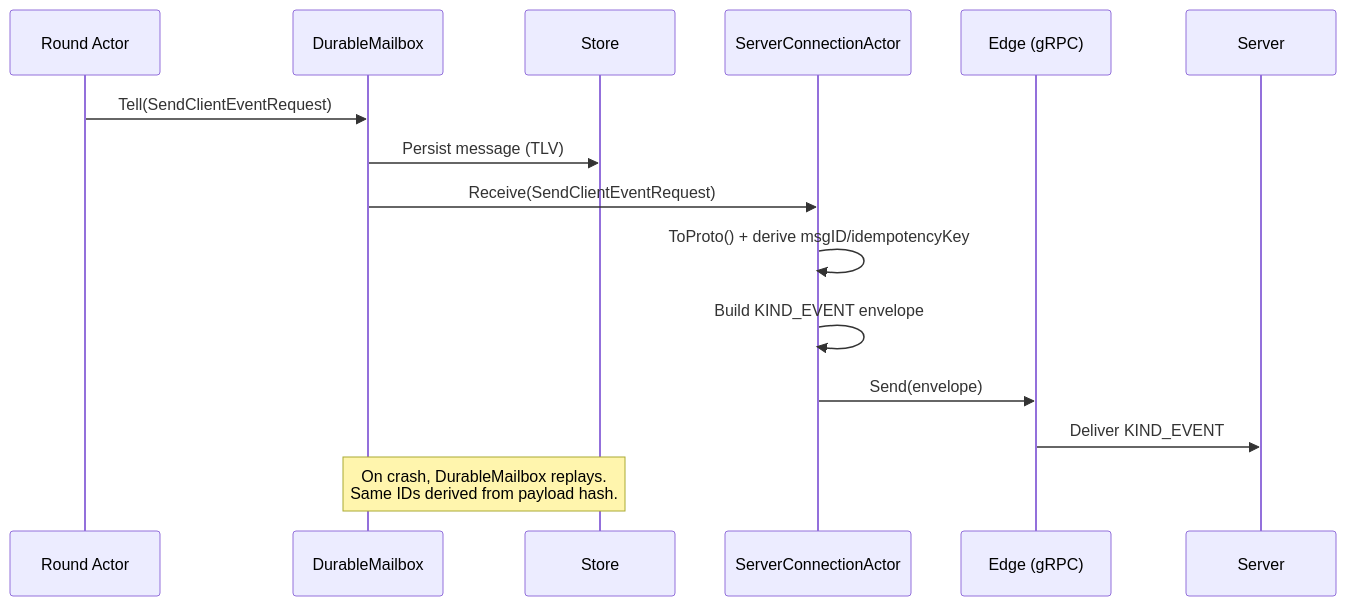
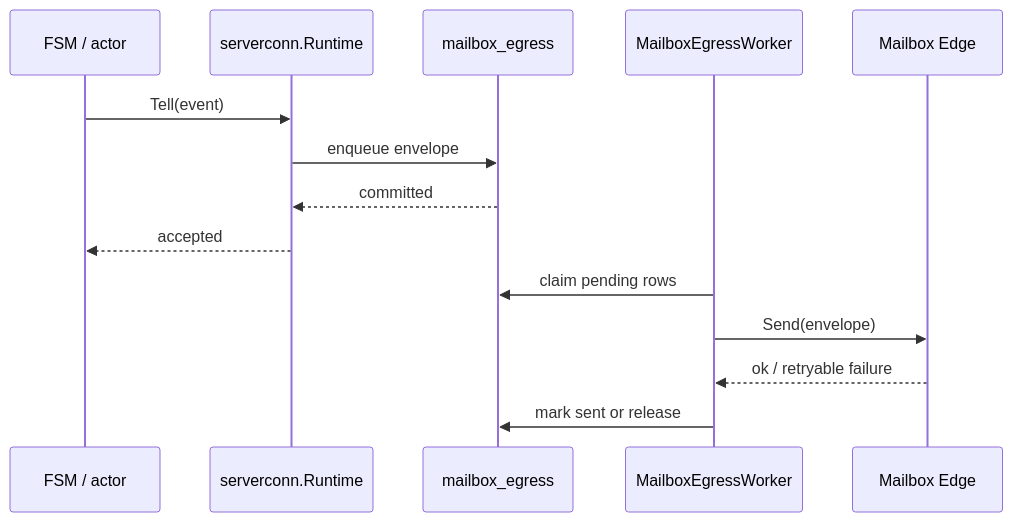
The first of 2 diagrams in docs/mailbox_architecture.md (lightninglabs/wavelength), drawn with Mermaid before and after one commit. The commit also changed other lines of this file and 38 other files, not shown here.

````diff
--- a/docs/mailbox_architecture.md
+++ b/docs/mailbox_architecture.md
@@ -796,19 +66,17 @@
 ```mermaid
 sequenceDiagram
-    participant RA as Round Actor
-    participant DM as DurableMailbox
-    participant DB as Store
-    participant SCA as ServerConnectionActor
-    participant E as Edge (gRPC)
-    participant SRV as Server
+    participant App as FSM / actor
+    participant Runtime as serverconn.Runtime
+    participant Store as mailbox_egress
+    participant Worker as MailboxEgressWorker
+    participant Edge as Mailbox Edge
 
-    RA->>DM: Tell(SendClientEventRequest)
-    DM->>DB: Persist message (TLV)
-    DM->>SCA: Receive(SendClientEventRequest)
-    SCA->>SCA: ToProto() + derive msgID/idempotencyKey
-    SCA->>SCA: Build KIND_EVENT envelope
-    SCA->>E: Send(envelope)
-    E->>SRV: Deliver KIND_EVENT
-
-    Note over DM,DB: On crash, DurableMailbox replays.<br/>Same IDs derived from payload hash.
+    App->>Runtime: Tell(event)
+    Runtime->>Store: enqueue envelope
+    Store-->>Runtime: committed
+    Runtime-->>App: accepted
+    Worker->>Store: claim pending rows
+    Worker->>Edge: Send(envelope)
+    Edge-->>Worker: ok / retryable failure
+    Worker->>Store: mark sent or release
 ```
````
